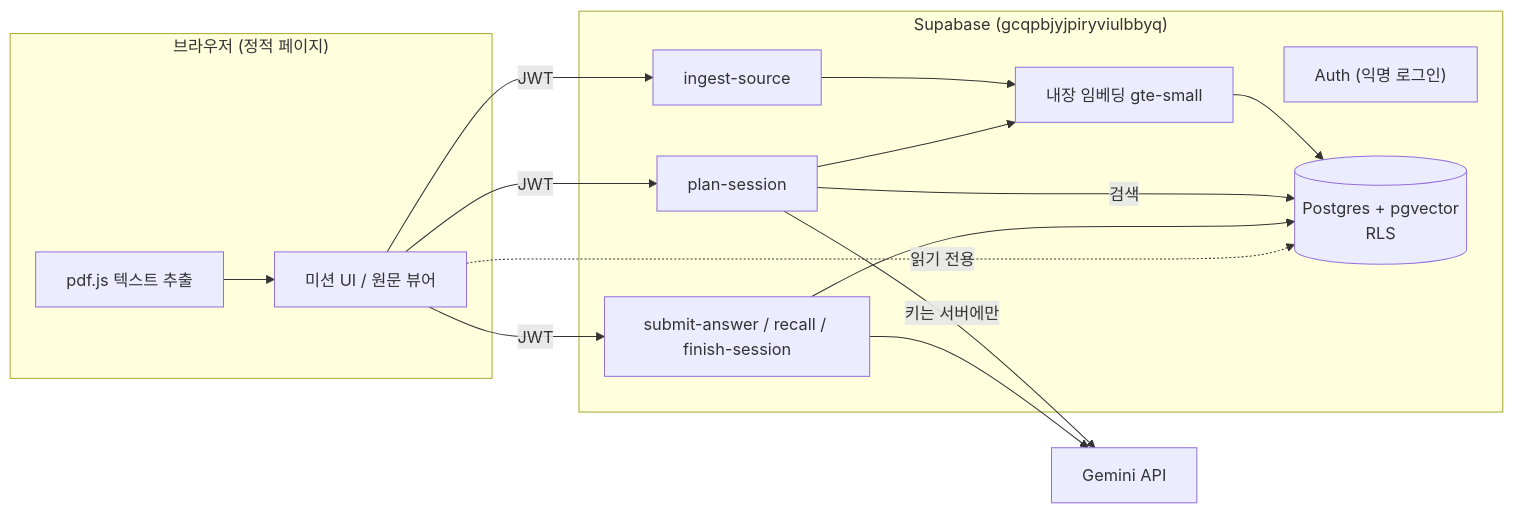
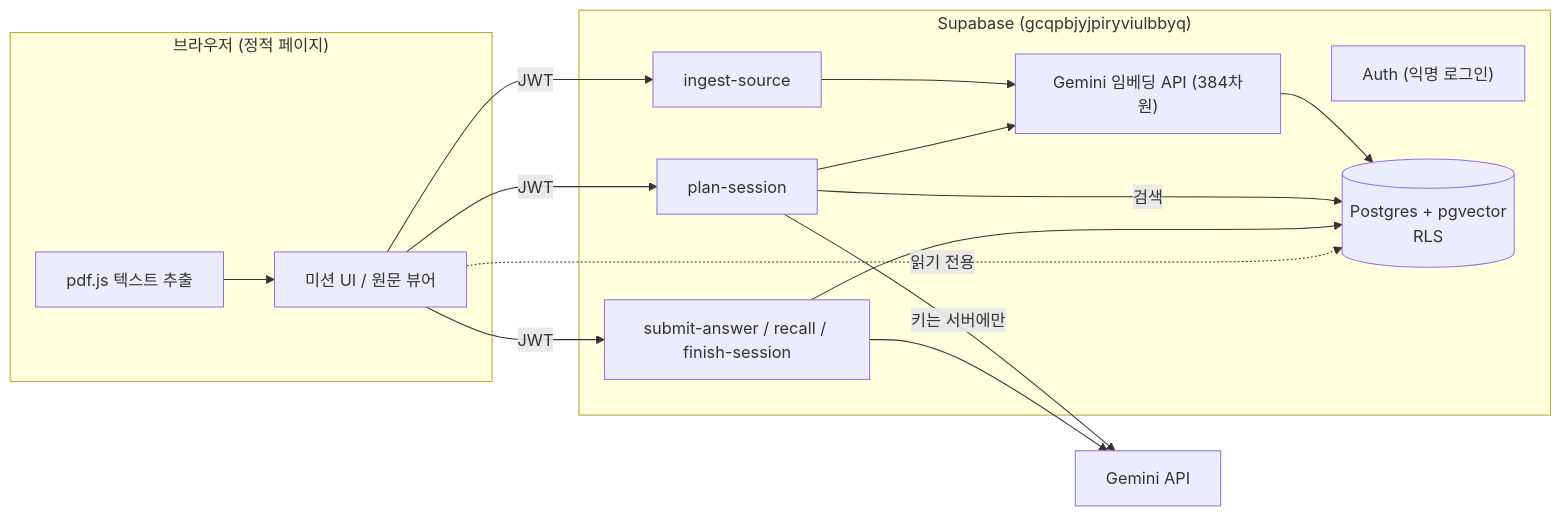
The diagram in docs/DESIGN.md (Nahye26/ReadMate), drawn with Mermaid before and after one commit. The commit also changed other lines of this file and 3 other files, not shown here.

First line of the commit message:
fix: 임베딩을 Gemini API(384차원)로 옮겨 Edge Function CPU 시간 초과 해결

````diff
--- a/docs/DESIGN.md
+++ b/docs/DESIGN.md
@@ -24,25 +24,25 @@
 ```mermaid
 flowchart LR
   subgraph Browser["브라우저 (정적 페이지)"]
     UI["미션 UI / 원문 뷰어"]
     PDF["pdf.js 텍스트 추출"]
   end
   subgraph Supabase["Supabase (gcqpbjyjpiryviulbbyq)"]
     Auth["Auth (익명 로그인)"]
     F1["ingest-source"]
     F2["plan-session"]
     F3["submit-answer / recall / finish-session"]
     DB[("Postgres + pgvector<br/>RLS")]
-    EMB["내장 임베딩 gte-small"]
+    EMB["Gemini 임베딩 API (384차원)"]
   end
   LLM["Gemini API"]
   PDF --> UI
   UI -->|JWT| F1 & F2 & F3
   F1 --> EMB --> DB
   F2 --> EMB
   F2 -->|검색| DB
   F2 -->|키는 서버에만| LLM
   F3 --> LLM
   F3 --> DB
   UI -.읽기 전용.-> DB
 ```
````
